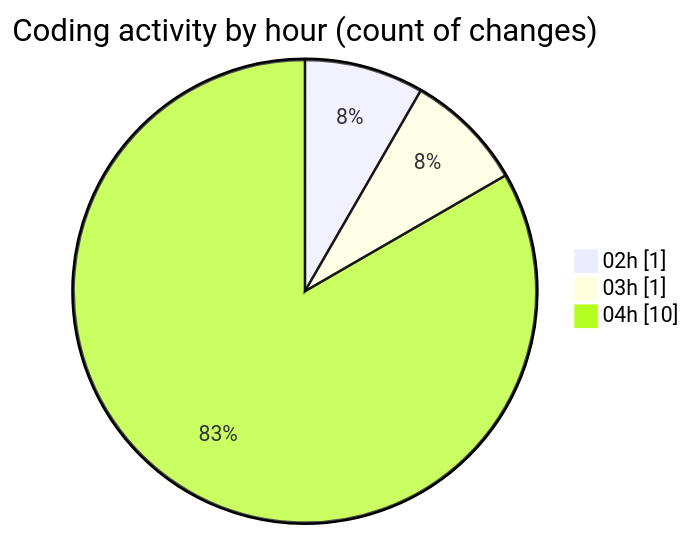
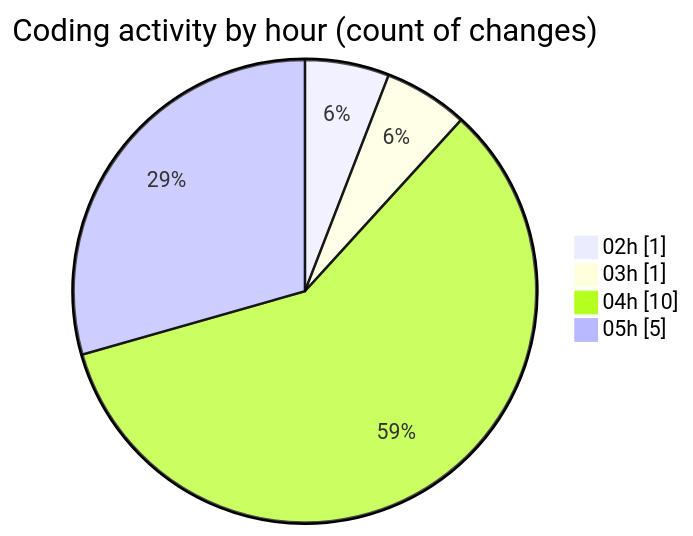
Before and after one commit to julien-gomy/code-tracking: the second of 2 diagrams in 2025-10-31/cdp_aleoudev_fr__workspace_/README.md, drawn with Mermaid. The commit also changed other lines of this file and 1 other file, not shown here.

````diff
--- a/2025-10-31/cdp_aleoudev_fr__workspace_/README.md
+++ b/2025-10-31/cdp_aleoudev_fr__workspace_/README.md
@@ -29,7 +29,8 @@
 ```mermaid
 pie showData
 title Coding activity by hour (count of changes)
 "02h" : 1
 "03h" : 1
 "04h" : 10
+"05h" : 5
 ```
````
